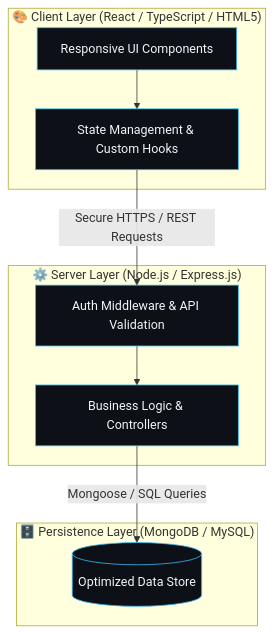
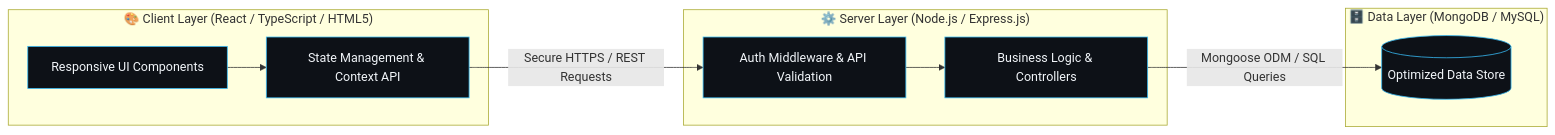
Before and after one commit to usamahassan-IT/UsamaHassan-IT: the diagram in README.md, drawn with Mermaid. The commit also changed other lines of this file and 1 other file, not shown here.

````diff
--- a/README.md
+++ b/README.md
@@ -125,17 +117,17 @@
 ```mermaid
-flowchart TD
+flowchart LR
     subgraph UI [" 🎨 Client Layer (React / TypeScript / HTML5) "]
-        A[Responsive UI Components] --> B[State Management & Custom Hooks]
+        A[Responsive UI Components] --> B[State Management & Context API]
     end
 
     subgraph API [" ⚙️ Server Layer (Node.js / Express.js) "]
         B -->|Secure HTTPS / REST Requests| C[Auth Middleware & API Validation]
         C --> D[Business Logic & Controllers]
     end
 
-    subgraph DB [" 🗄️ Persistence Layer (MongoDB / MySQL) "]
-        D -->|Mongoose / SQL Queries| E[(Optimized Data Store)]
+    subgraph DB [" 🗄️ Data Layer (MongoDB / MySQL) "]
+        D -->|Mongoose ODM / SQL Queries| E[(Optimized Data Store)]
     end
 
     classDef default fill:#0d1117,stroke:#38bdf8,stroke-width:1px,color:#f1f5f9;
 ```
````
